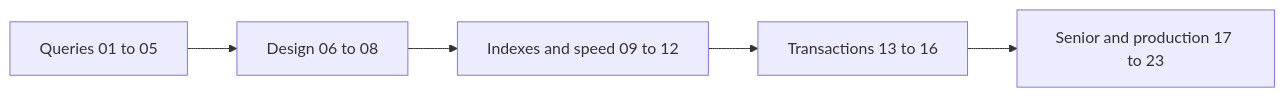
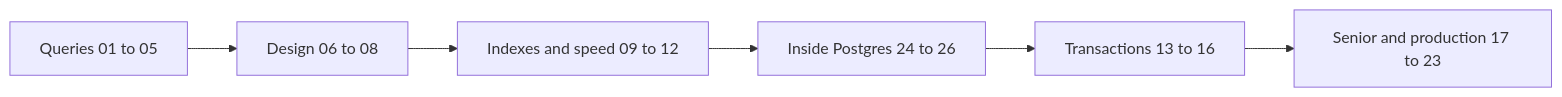
The diagram in learn/database/README.md (starjustice/research-material), drawn with Mermaid before and after one commit. The commit also changed other lines of this file and 11 other files, not shown here.

````diff
--- a/learn/database/README.md
+++ b/learn/database/README.md
@@ -11,7 +11,8 @@
 ```mermaid
 graph LR
     A["Queries 01 to 05"] --> B["Design 06 to 08"]
     B --> C["Indexes and speed 09 to 12"]
-    C --> D["Transactions 13 to 16"]
+    C --> I["Inside Postgres 24 to 26"]
+    I --> D["Transactions 13 to 16"]
     D --> E["Senior and production 17 to 23"]
 ```
````
